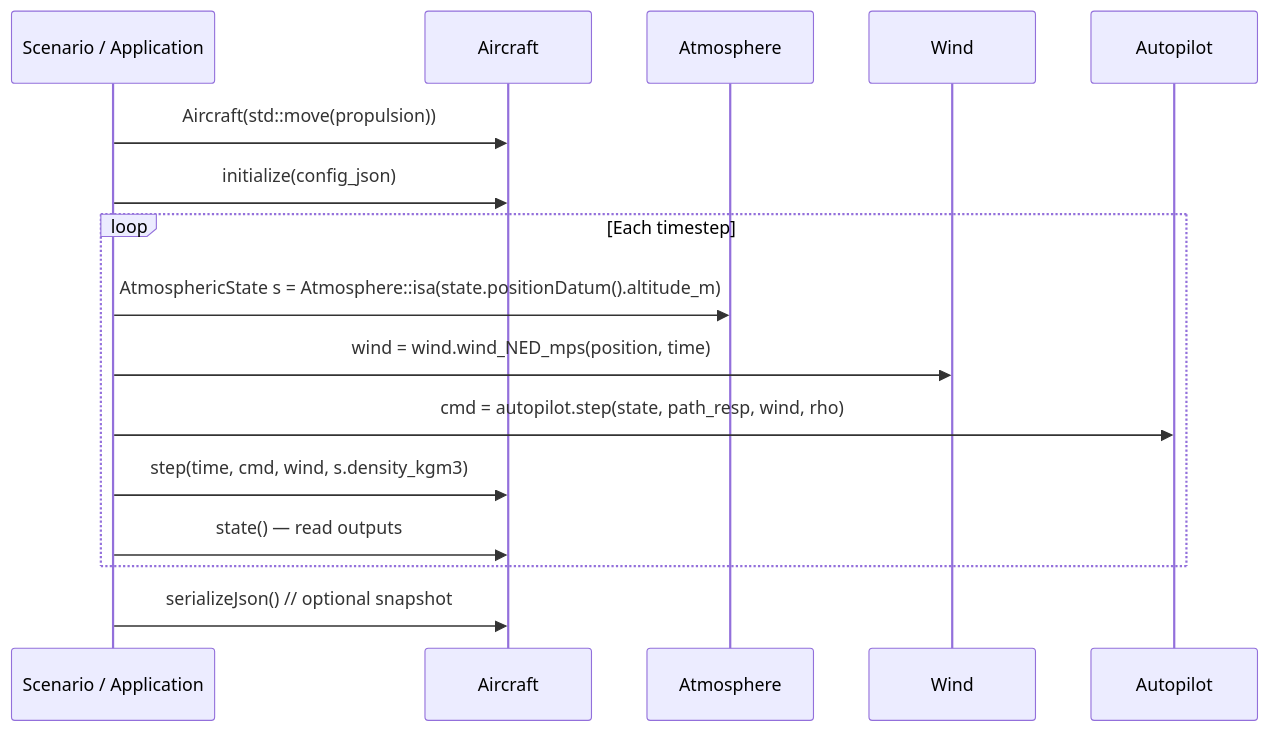
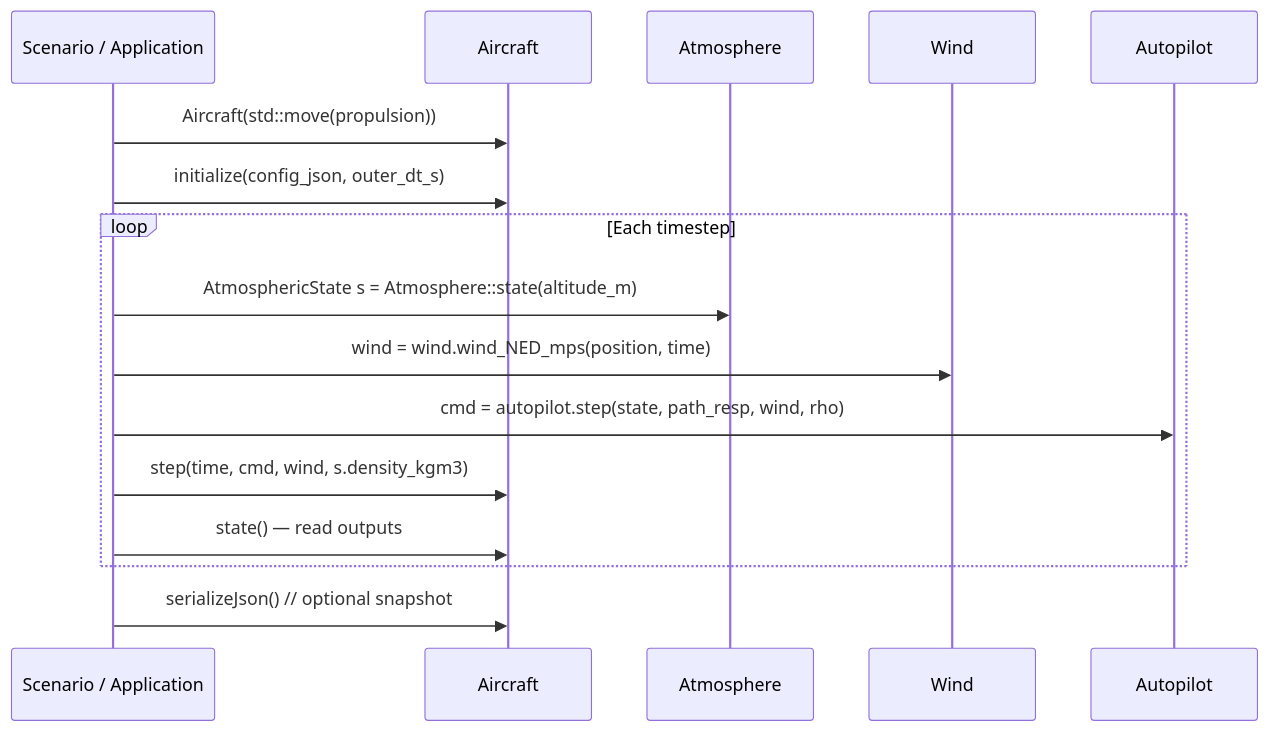
Before and after one commit to yJjDoAZuae/LiteAeroSim: the fourth of 4 diagrams in docs/architecture/aircraft.md, drawn with Mermaid. The commit also changed other lines of this file and 17 other files, not shown here.

````diff
--- a/docs/architecture/aircraft.md
+++ b/docs/architecture/aircraft.md
@@ -670,21 +886,21 @@
 ```mermaid
 sequenceDiagram
     participant App  as Scenario / Application
     participant AC   as Aircraft
     participant ATM  as Atmosphere
     participant WND  as Wind
     participant AP   as Autopilot
 
     App ->> AC   : Aircraft(std::move(propulsion))
-    App ->> AC   : initialize(config_json)
+    App ->> AC   : initialize(config_json, outer_dt_s)
 
     loop Each timestep
-        App  ->> ATM  : AtmosphericState s = Atmosphere::isa(state.positionDatum().altitude_m)
+        App  ->> ATM  : AtmosphericState s = Atmosphere::state(altitude_m)
         App  ->> WND  : wind = wind.wind_NED_mps(position, time)
         App  ->> AP   : cmd  = autopilot.step(state, path_resp, wind, rho)
         App  ->> AC   : step(time, cmd, wind, s.density_kgm3)
         App  ->> AC   : state() — read outputs
     end
 
     App  ->> AC   : serializeJson()   // optional snapshot
 ```
````
